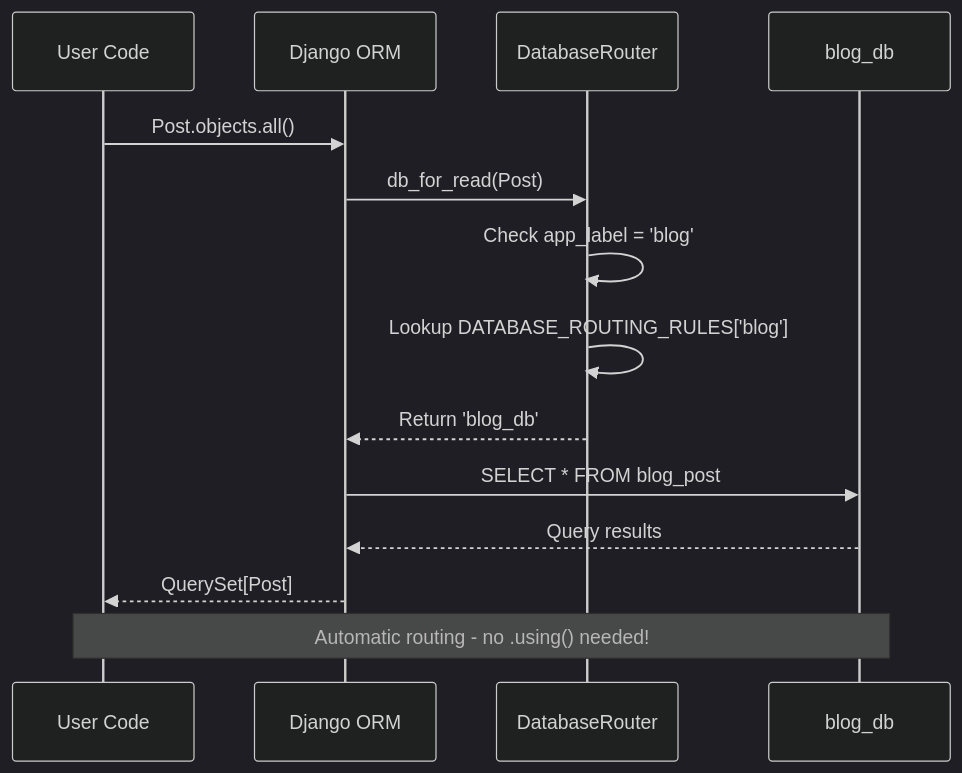
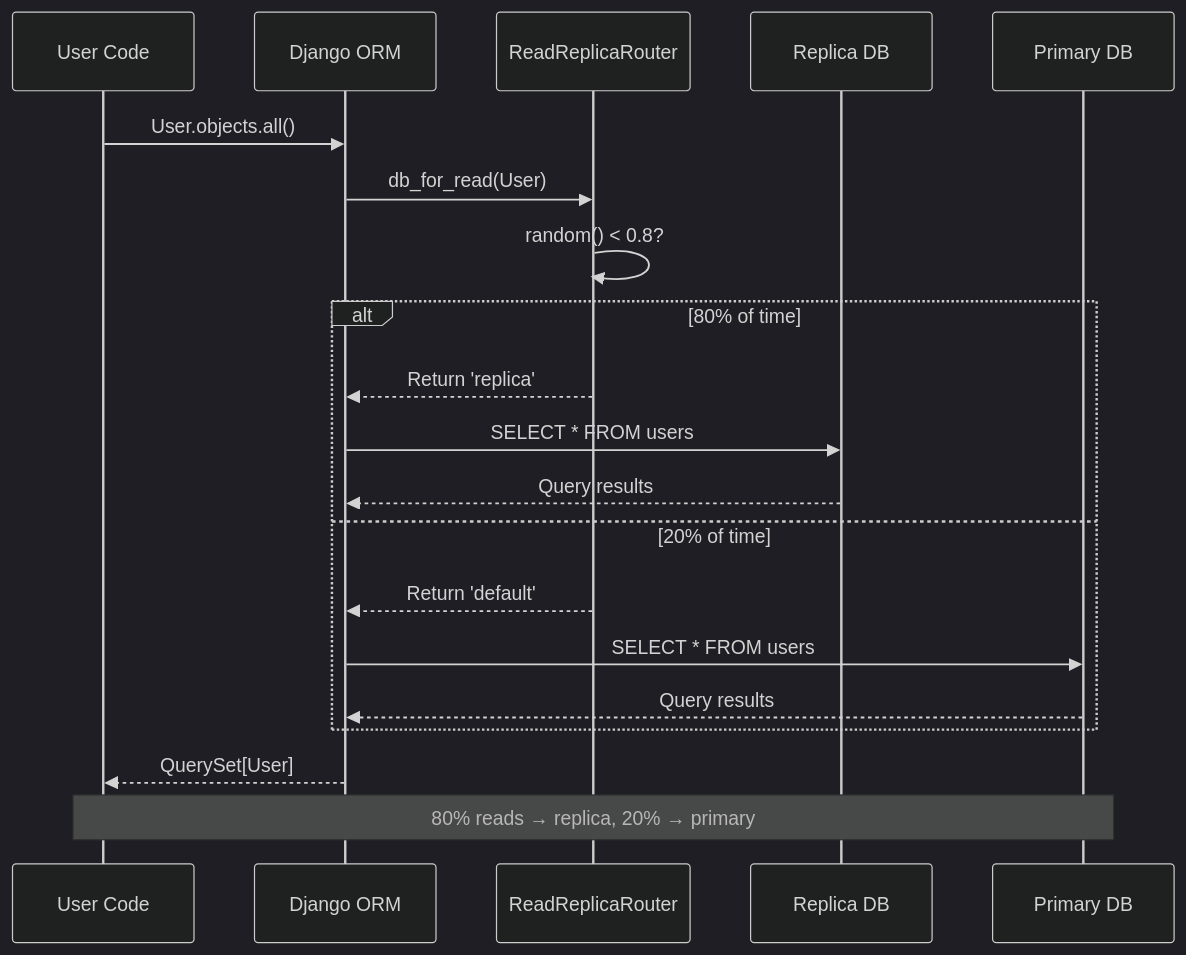
Before and after one commit to markolofsen/django-cfg: the first of 3 diagrams in docs/fundamentals/database/routing.md, drawn with Mermaid (dark theme). The commit also changed other lines of this file and 3855 other files, not shown here.

````diff
--- a/docs/fundamentals/database/routing.md
+++ b/docs/fundamentals/database/routing.md
@@ -206,18 +286,24 @@
 ```mermaid
 sequenceDiagram
     participant U as User Code
     participant D as Django ORM
-    participant R as DatabaseRouter
-    participant DB as blog_db
+    participant R as ReadReplicaRouter
+    participant Replica as Replica DB
+    participant Primary as Primary DB
 
-    U->>D: Post.objects.all()
-    D->>R: db_for_read(Post)
-    R->>R: Check app_label = 'blog'
-    R->>R: Lookup DATABASE_ROUTING_RULES['blog']
-    R-->>D: Return 'blog_db'
-    D->>DB: SELECT * FROM blog_post
-    DB-->>D: Query results
-    D-->>U: QuerySet[Post]
+    U->>D: User.objects.all()
+    D->>R: db_for_read(User)
+    R->>R: random() < 0.8?
+    alt 80% of time
+        R-->>D: Return 'replica'
+        D->>Replica: SELECT * FROM users
+        Replica-->>D: Query results
+    else 20% of time
+        R-->>D: Return 'default'
+        D->>Primary: SELECT * FROM users
+        Primary-->>D: Query results
+    end
+    D-->>U: QuerySet[User]
 
-    Note over U,DB: Automatic routing - no .using() needed!
+    Note over U,Primary: 80% reads → replica, 20% → primary
 ```
````
